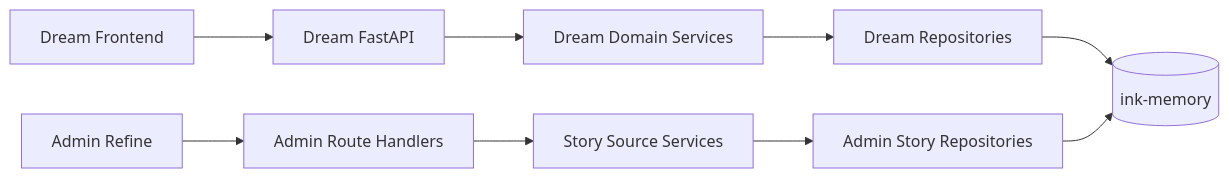
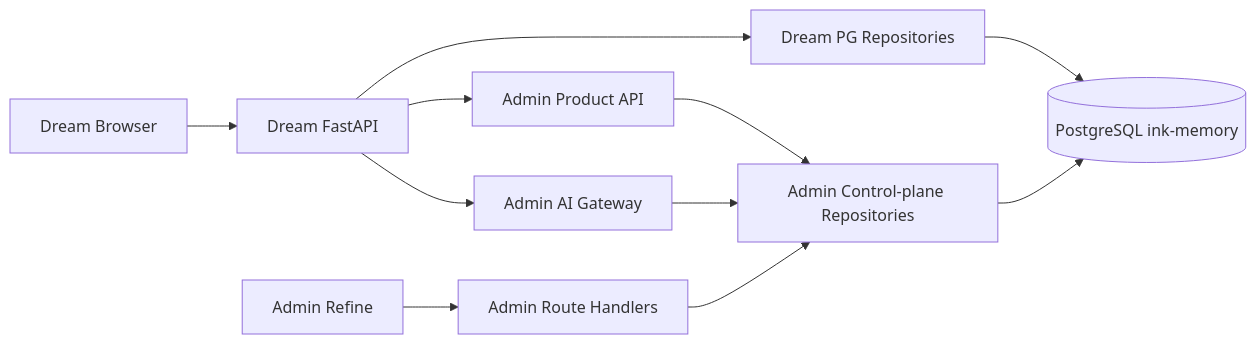
One commit to glide-the/dream-im-platform changed the first of 2 diagrams in docs/architecture/ink-dream-memory/02-business-integration-and-admin-boundary.md. Above: the diagram before and after it, drawn with Mermaid. The commit also changed other lines of this file and 33 other files, not shown here.

First line of the commit message:
feat: Enhance admin model permissions UI and update gateway protocol tests

````diff
--- a/docs/architecture/ink-dream-memory/02-business-integration-and-admin-boundary.md
+++ b/docs/architecture/ink-dream-memory/02-business-integration-and-admin-boundary.md
@@ -12,11 +10,13 @@
 ```mermaid
 flowchart LR
-  DreamUI["Dream Frontend"] --> DreamAPI["Dream FastAPI"]
-  DreamAPI --> DreamSvc["Dream Domain Services"]
-  DreamSvc --> DreamRepo["Dream Repositories"]
+  Browser["Dream Browser"] --> DreamAPI["Dream FastAPI"]
+  DreamAPI --> DreamRepo["Dream PG Repositories"]
+  DreamRepo --> PG[("PostgreSQL ink-memory")]
+  DreamAPI --> ProductAPI["Admin Product API"]
+  DreamAPI --> Gateway["Admin AI Gateway"]
   AdminUI["Admin Refine"] --> AdminAPI["Admin Route Handlers"]
-  AdminAPI --> AdminSvc["Story Source Services"]
-  AdminSvc --> AdminRepo["Admin Story Repositories"]
-  DreamRepo --> PG[("ink-memory")]
-  AdminRepo --> PG
+  AdminAPI --> ControlRepo["Admin Control-plane Repositories"]
+  ProductAPI --> ControlRepo
+  Gateway --> ControlRepo
+  ControlRepo --> PG
 ```
````
